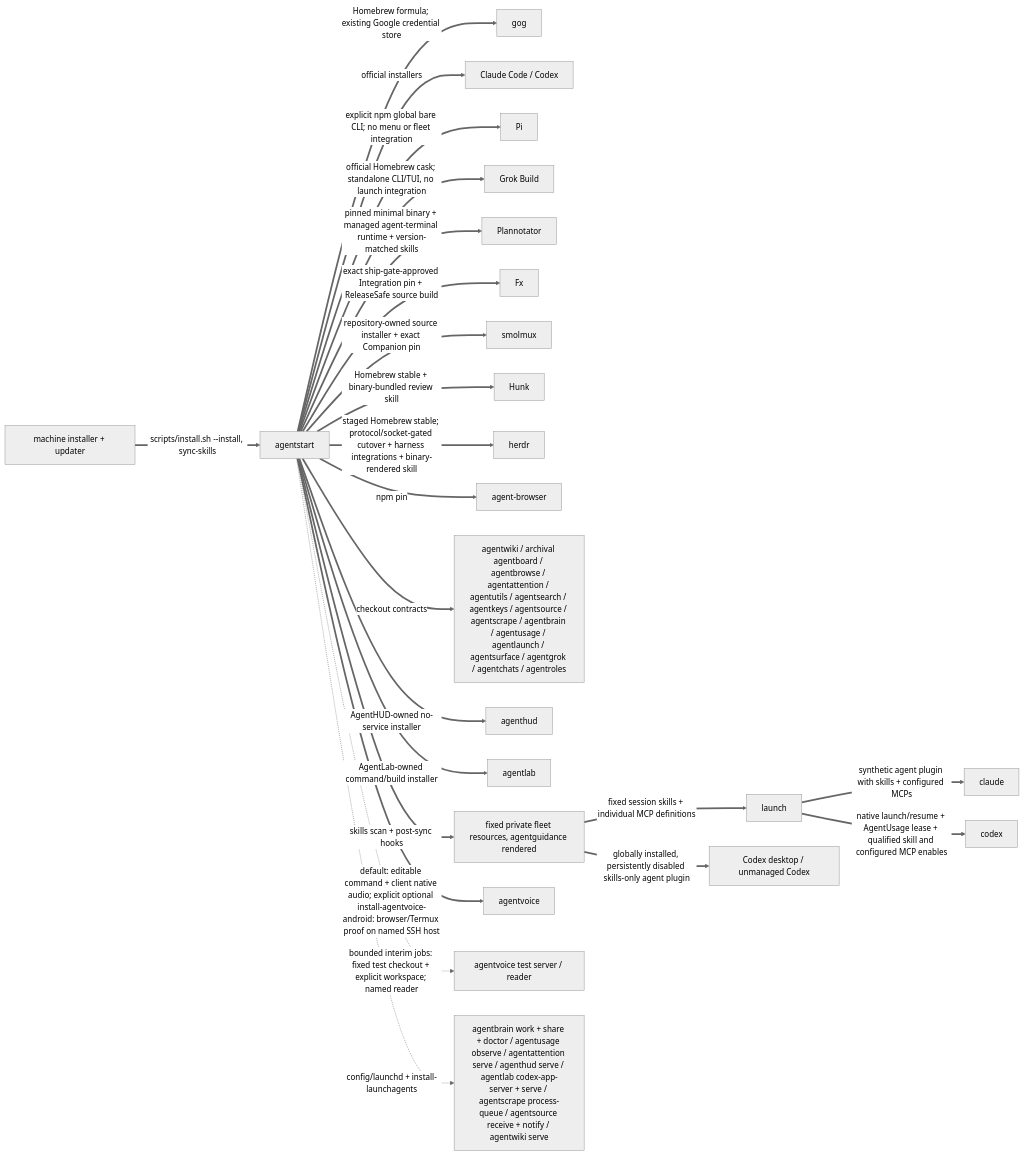
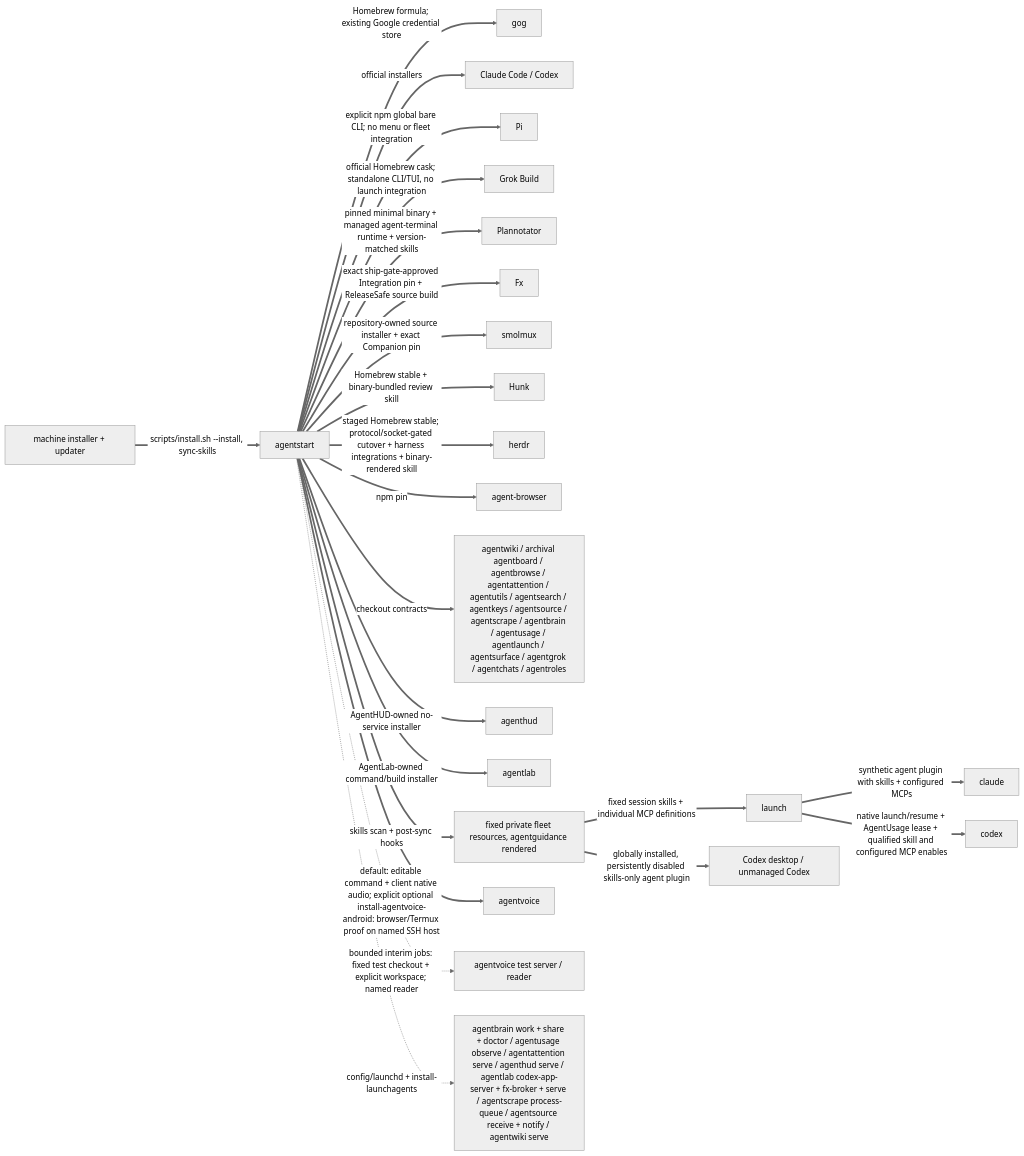
One commit to possibilities/agentstart changed the second of 3 diagrams in skills/fleet/MAP.md. Above: the diagram before and after it, drawn with Mermaid (neutral theme). The commit also changed other lines of this file and 10 other files, not shown here.

````diff
--- a/skills/fleet/MAP.md
+++ b/skills/fleet/MAP.md
@@ -107,28 +107,28 @@
 ```mermaid
 flowchart LR
     machine[machine installer + updater]
     start[agentstart]
 
     machine ==>|scripts/install.sh --install, sync-skills| start
     start ==>|Homebrew formula; existing Google credential store| gog
     start ==>|official installers| harnesses[Claude Code / Codex]
     start ==>|explicit npm global bare CLI; no menu or fleet integration| pi[Pi]
     start ==>|official Homebrew cask; standalone CLI/TUI, no launch integration| grok[Grok Build]
     start ==>|pinned minimal binary + managed agent-terminal runtime + version-matched skills| plannotator[Plannotator]
     start ==>|exact ship-gate-approved Integration pin + ReleaseSafe source build| fx[Fx]
     start ==>|repository-owned source installer + exact Companion pin| smolmuxInstall[smolmux]
     start ==>|Homebrew stable + binary-bundled review skill| hunk[Hunk]
     start ==>|staged Homebrew stable; protocol/socket-gated cutover + harness integrations + binary-rendered skill| herdrInstall[herdr]
     start ==>|npm pin| browser[agent-browser]
     start ==>|checkout contracts| fleet[agentwiki / archival agentboard / agentbrowse / agentattention / agentutils / agentsearch / agentkeys / agentsource / agentscrape / agentbrain / agentusage / agentlaunch / agentsurface / agentgrok / agentchats / agentroles]
     start ==>|AgentHUD-owned no-service installer| hudInstall[agenthud]
     start ==>|AgentLab-owned command/build installer| labInstall[agentlab]
     start ==>|skills scan + post-sync hooks| skills[fixed private fleet resources, agentguidance rendered]
     start ==>|default: editable command + client native audio; explicit optional install-agentvoice-android: browser/Termux proof on named SSH host| voiceInstall[agentvoice]
     start -.->|bounded interim jobs: fixed test checkout + explicit workspace; named reader| voiceTest[agentvoice test server / reader]
     skills ==>|fixed session skills + individual MCP definitions| launch
     launch ==>|synthetic agent plugin with skills + configured MCPs| claude
     launch ==>|native launch/resume + AgentUsage lease + qualified skill and configured MCP enables| codex
     skills ==>|globally installed, persistently disabled skills-only agent plugin| codexDesktop[Codex desktop / unmanaged Codex]
-    start -.->|config/launchd + install-launchagents| services[agentbrain work + share + doctor / agentusage observe / agentattention serve / agenthud serve / agentlab codex-app-server + serve / agentscrape process-queue / agentsource receive + notify / agentwiki serve]
+    start -.->|config/launchd + install-launchagents| services[agentbrain work + share + doctor / agentusage observe / agentattention serve / agenthud serve / agentlab codex-app-server + fx-broker + serve / agentscrape process-queue / agentsource receive + notify / agentwiki serve]
 ```
````
